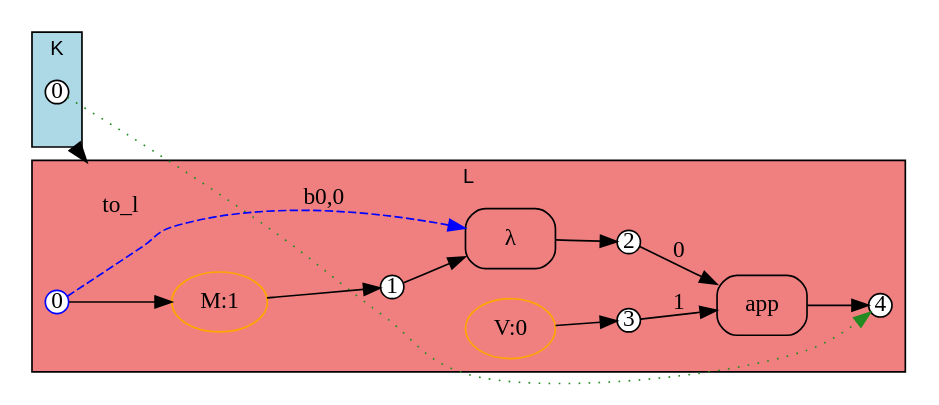
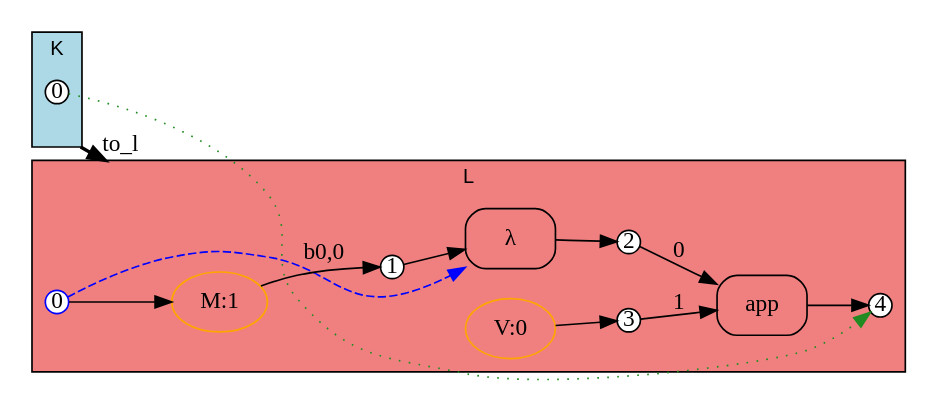
Before and after one commit to ammatsui/bhypvis: the diagram in crates/bhyp/images/test_example_beta_rule_instance_v_to_lambda_x_tx/rule_span_before_instantiation_to_l.dot, drawn with Graphviz. The commit also changed other lines of this file and 418 other files, not shown here.

```diff
--- a/crates/bhyp/images/test_example_beta_rule_instance_v_to_lambda_x_tx/rule_span_before_instantiation_to_l.dot
+++ b/crates/bhyp/images/test_example_beta_rule_instance_v_to_lambda_x_tx/rule_span_before_instantiation_to_l.dot
@@ -1,52 +1,52 @@
 digraph Morphism {
   fontname="Helvetica"
   fontsize=12
   rankdir=LR;
   compound=true;
   newrank=true;
 
   subgraph cluster_domain {
     label="K";
     style=filled;
     fillcolor="lightblue";
     fontname="Helvetica";
     fontsize=12;
 
     dom_n0 [label="0", shape=circle, style=filled, fillcolor=white, color="black", width=0.2, height=0.2, fixedsize=true];
     dom_anchor [shape=point, width=0, height=0, style=invis];
   }
 
   subgraph cluster_codomain {
     label="L";
     style=filled;
     fillcolor="lightcoral";
     fontname="Helvetica";
     fontsize=12;
 
+    cod_n0 [label="0", shape=circle, style=filled, fillcolor=white, color="blue", width=0.2, height=0.2, fixedsize=true];
+    cod_n2 [label="2", shape=circle, style=filled, fillcolor=white, color="black", width=0.2, height=0.2, fixedsize=true];
+    cod_n1 [label="1", shape=circle, style=filled, fillcolor=white, color="black", width=0.2, height=0.2, fixedsize=true];
+    cod_n3 [label="3", shape=circle, style=filled, fillcolor=white, color="black", width=0.2, height=0.2, fixedsize=true];
     cod_n4 [label="4", shape=circle, style=filled, fillcolor=white, color="black", width=0.2, height=0.2, fixedsize=true];
-    cod_n1 [label="1", shape=circle, style=filled, fillcolor=white, color="black", width=0.2, height=0.2, fixedsize=true];
-    cod_n2 [label="2", shape=circle, style=filled, fillcolor=white, color="black", width=0.2, height=0.2, fixedsize=true];
-    cod_n0 [label="0", shape=circle, style=filled, fillcolor=white, color="blue", width=0.2, height=0.2, fixedsize=true];
-    cod_n3 [label="3", shape=circle, style=filled, fillcolor=white, color="black", width=0.2, height=0.2, fixedsize=true];
+    cod_e1 [label="λ", shape=box, style=rounded, color="black"];
+    cod_e0 [label="M:1", shape=ellipse, style=rounded, color="orange"];
     cod_e2 [label="V:0", shape=ellipse, style=rounded, color="orange"];
-    cod_e0 [label="M:1", shape=ellipse, style=rounded, color="orange"];
     cod_e3 [label="app", shape=box, style=rounded, color="black"];
-    cod_e1 [label="λ", shape=box, style=rounded, color="black"];
-    cod_e2 -> cod_n3 [label=""];
+    cod_n1 -> cod_e1 [label=""];
+    cod_n0 -> cod_e1 [style=dashed, color="blue", constraint=false, label="b0,0"];
+    cod_e1 -> cod_n2 [label=""];
     cod_n0 -> cod_e0 [label=""];
     cod_e0 -> cod_n1 [label=""];
+    cod_e2 -> cod_n3 [label=""];
     cod_n2 -> cod_e3 [label="0"];
     cod_n3 -> cod_e3 [label="1"];
     cod_e3 -> cod_n4 [label=""];
-    cod_n1 -> cod_e1 [label=""];
-    cod_n0 -> cod_e1 [style=dashed, color="blue", constraint=false, label="b0,0"];
-    cod_e1 -> cod_n2 [label=""];
     cod_anchor [shape=point, width=0, height=0, style=invis];
   }
 
   // Morphism mappings
   dom_n0 -> cod_n4 [style=dotted, color=forestgreen, constraint=false];
 
   // Cluster-level morphism arrow
   dom_anchor -> cod_anchor [lhead=cluster_codomain, ltail=cluster_domain, style=bold, color=black, label="to_l", penwidth=2];
 }
```
